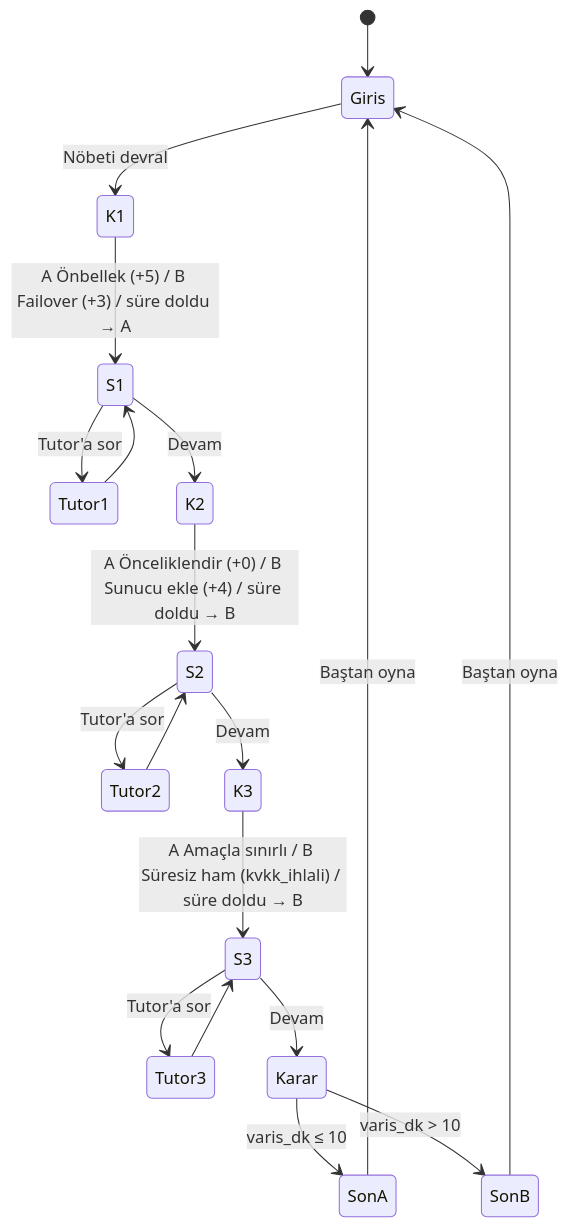
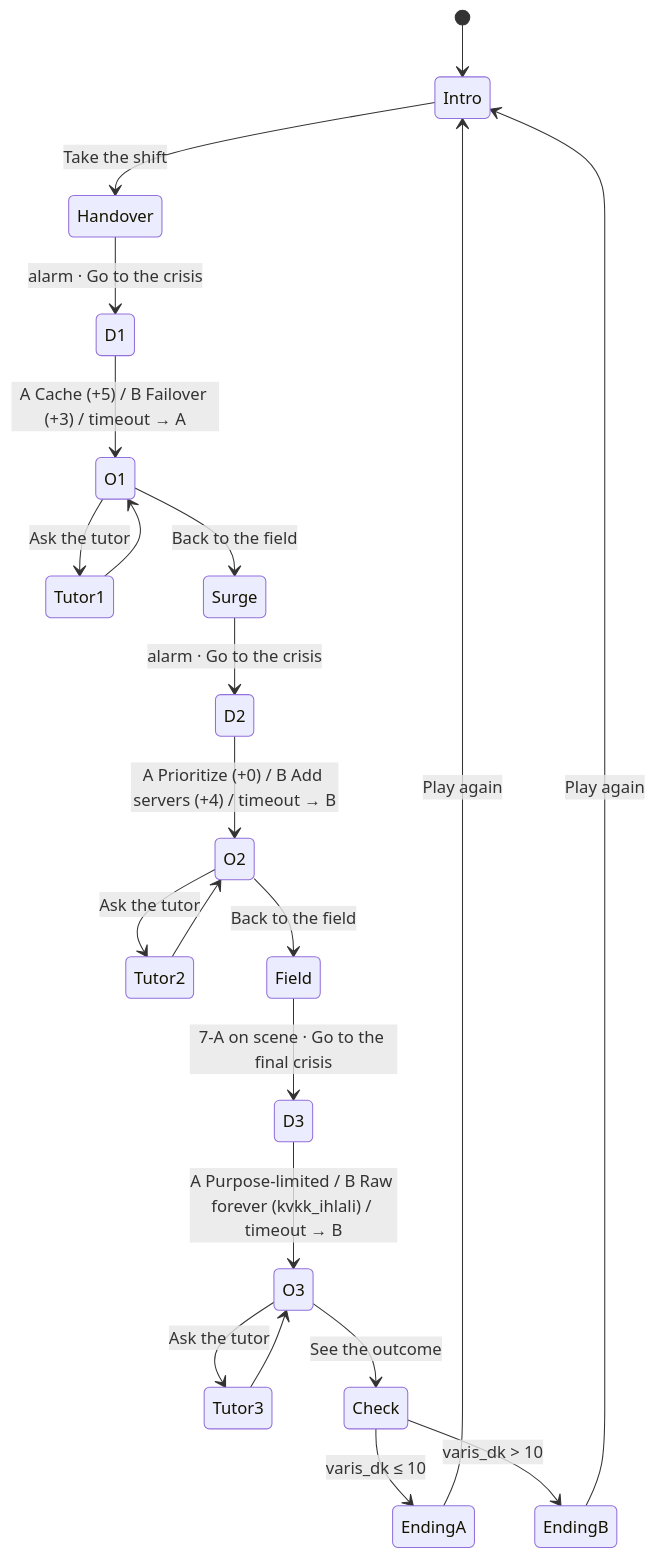
One commit to sayko89/dispatch-desk changed the diagram in spec.md. Above: the diagram before and after it, drawn with Mermaid. The commit also changed other lines of this file and 3 other files, not shown here.

````diff
--- a/spec.md
+++ b/spec.md
@@ -171,27 +185,30 @@
 ```mermaid
 stateDiagram-v2
-    [*] --> Giris
-    Giris --> K1: Nöbeti devral
+    [*] --> Intro
+    Intro --> Handover: Take the shift
 
-    K1 --> S1: A Önbellek (+5) / B Failover (+3) / süre doldu → A
-    S1 --> Tutor1: Tutor'a sor
-    Tutor1 --> S1
-    S1 --> K2: Devam
+    Handover --> D1: alarm · Go to the crisis
+    D1 --> O1: A Cache (+5) / B Failover (+3) / timeout → A
+    O1 --> Tutor1: Ask the tutor
+    Tutor1 --> O1
+    O1 --> Surge: Back to the field
 
-    K2 --> S2: A Önceliklendir (+0) / B Sunucu ekle (+4) / süre doldu → B
-    S2 --> Tutor2: Tutor'a sor
-    Tutor2 --> S2
-    S2 --> K3: Devam
+    Surge --> D2: alarm · Go to the crisis
+    D2 --> O2: A Prioritize (+0) / B Add servers (+4) / timeout → B
+    O2 --> Tutor2: Ask the tutor
+    Tutor2 --> O2
+    O2 --> Field: Back to the field
 
-    K3 --> S3: A Amaçla sınırlı / B Süresiz ham (kvkk_ihlali) / süre doldu → B
-    S3 --> Tutor3: Tutor'a sor
-    Tutor3 --> S3
-    S3 --> Karar: Devam
+    Field --> D3: 7-A on scene · Go to the final crisis
+    D3 --> O3: A Purpose-limited / B Raw forever (kvkk_ihlali) / timeout → B
+    O3 --> Tutor3: Ask the tutor
+    Tutor3 --> O3
+    O3 --> Check: See the outcome
 
-    state Karar <<choice>>
-    Karar --> SonA: varis_dk ≤ 10
-    Karar --> SonB: varis_dk > 10
+    state Check <<choice>>
+    Check --> EndingA: varis_dk ≤ 10
+    Check --> EndingB: varis_dk > 10
 
-    SonA --> Giris: Baştan oyna
-    SonB --> Giris: Baştan oyna
+    EndingA --> Intro: Play again
+    EndingB --> Intro: Play again
 ```
````
